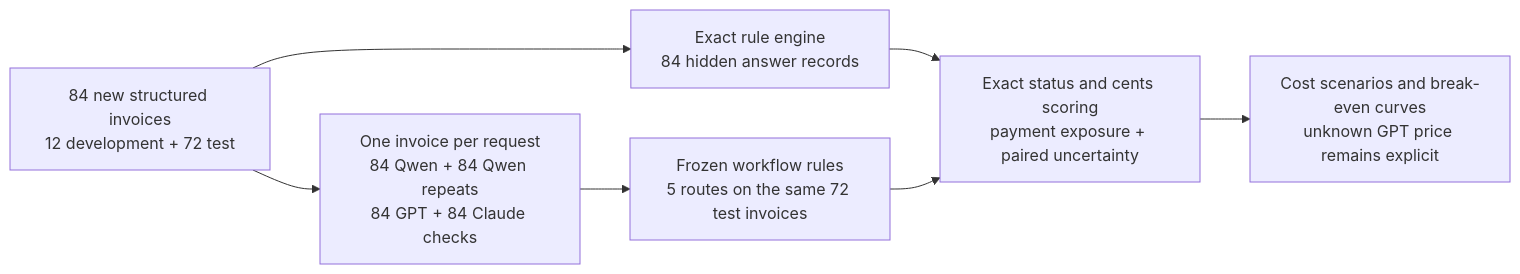
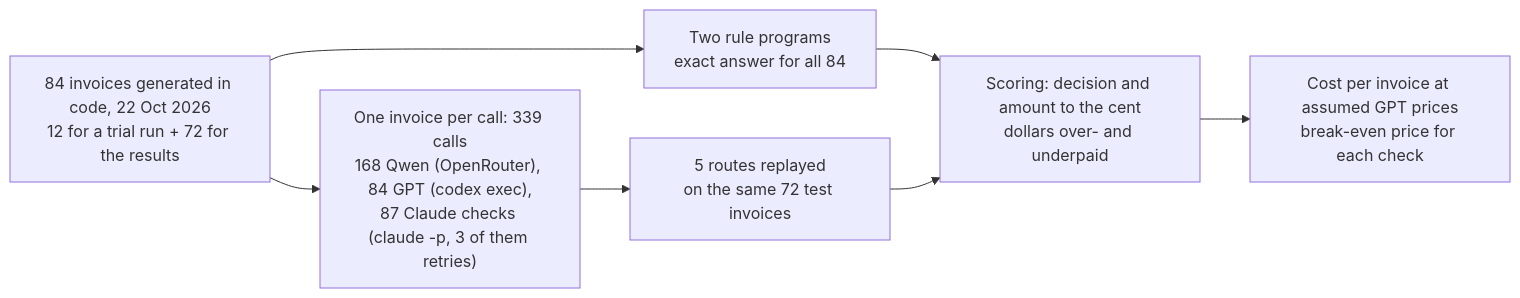
The first of 2 diagrams in econ/21-verification-costs/README.md (k-sandhu/experiment-notebooks), drawn with Mermaid before and after one commit. The commit also changed other lines of this file and 4 other files, not shown here.

````diff
--- a/econ/21-verification-costs/README.md
+++ b/econ/21-verification-costs/README.md
@@ -48,9 +95,9 @@
 ```mermaid
 flowchart LR
- A["84 new structured invoices<br/>12 development + 72 test"] --> B["Exact rule engine<br/>84 hidden answer records"]
- A --> C["One invoice per request<br/>84 Qwen + 84 Qwen repeats<br/>84 GPT + 84 Claude checks"]
- C --> D["Frozen workflow rules<br/>5 routes on the same 72 test invoices"]
- B --> E["Exact status and cents scoring<br/>payment exposure + paired uncertainty"]
+ A["84 invoices generated in code, 22 Oct 2026<br/>12 for a trial run + 72 for the results"] --> B["Two rule programs<br/>exact answer for all 84"]
+ A --> C["One invoice per call: 339 calls<br/>168 Qwen (OpenRouter), 84 GPT (codex exec),<br/>87 Claude checks (claude -p, 3 of them retries)"]
+ C --> D["5 routes replayed<br/>on the same 72 test invoices"]
+ B --> E["Scoring: decision and amount to the cent<br/>dollars over- and underpaid"]
  D --> E
- E --> F["Cost scenarios and break-even curves<br/>unknown GPT price remains explicit"]
+ E --> F["Cost per invoice at assumed GPT prices<br/>break-even price for each check"]
 ```
````
